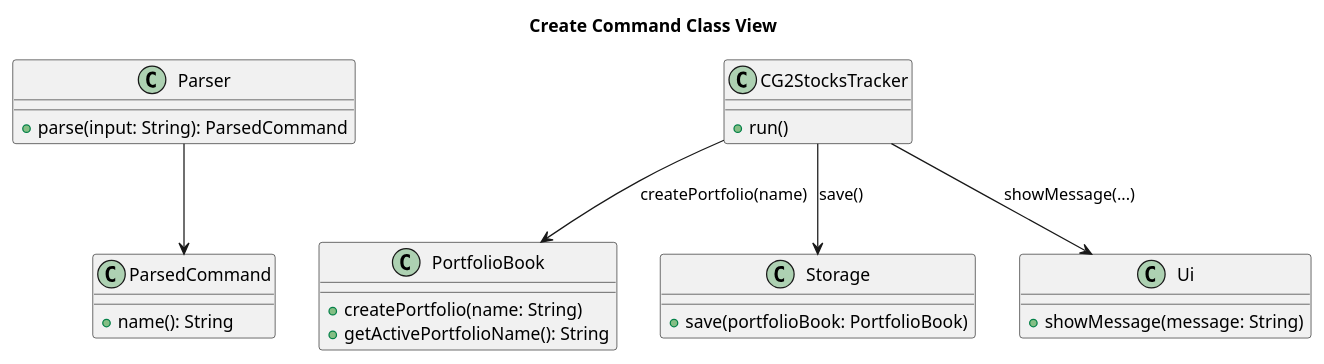
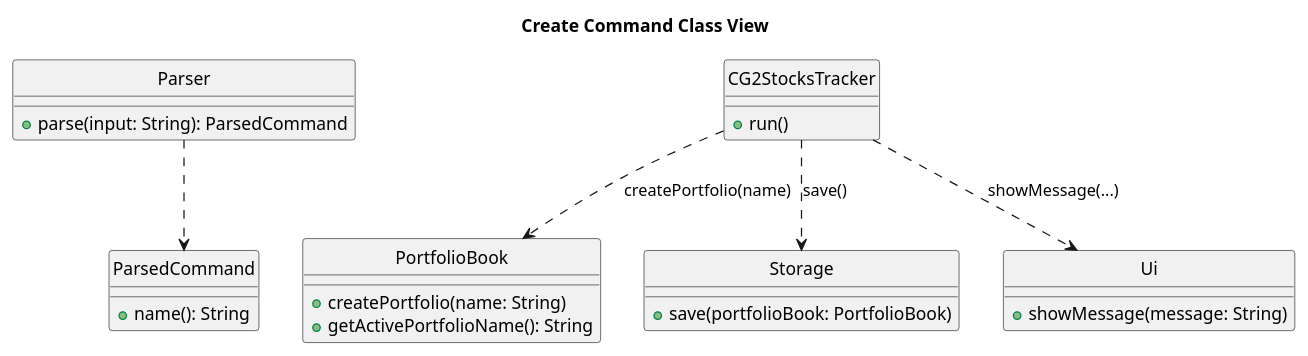
The diagram in docs/diagrams/UML/create-command-class.puml (zenweilow/tp), drawn with PlantUML before and after one commit. The commit also changed 31 other files, not shown here.

Commit message:
Update UML and fix AboutUs page

```diff
--- a/docs/diagrams/UML/create-command-class.puml
+++ b/docs/diagrams/UML/create-command-class.puml
@@ -1,33 +1,34 @@
 @startuml
 title Create Command Class View
+hide circles
 
 class Parser {
   + parse(input: String): ParsedCommand
 }
 
 class ParsedCommand {
   + name(): String
 }
 
 class CG2StocksTracker {
   + run()
 }
 
 class PortfolioBook {
   + createPortfolio(name: String)
   + getActivePortfolioName(): String
 }
 
 class Storage {
   + save(portfolioBook: PortfolioBook)
 }
 
 class Ui {
   + showMessage(message: String)
 }
 
-Parser --> ParsedCommand
-CG2StocksTracker --> PortfolioBook : createPortfolio(name)
-CG2StocksTracker --> Storage : save()
-CG2StocksTracker --> Ui : showMessage(...)
+Parser ..> ParsedCommand
+CG2StocksTracker ..> PortfolioBook : createPortfolio(name)
+CG2StocksTracker ..> Storage : save()
+CG2StocksTracker ..> Ui : showMessage(...)
 @enduml
```
